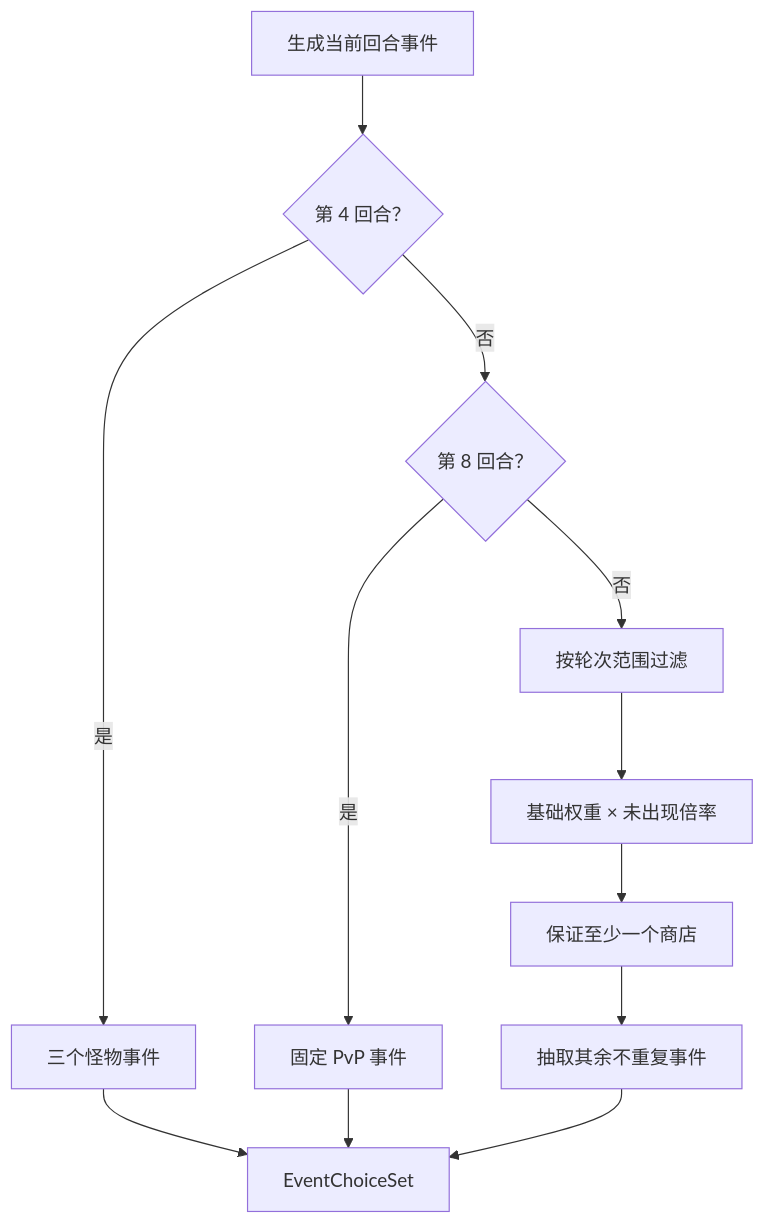
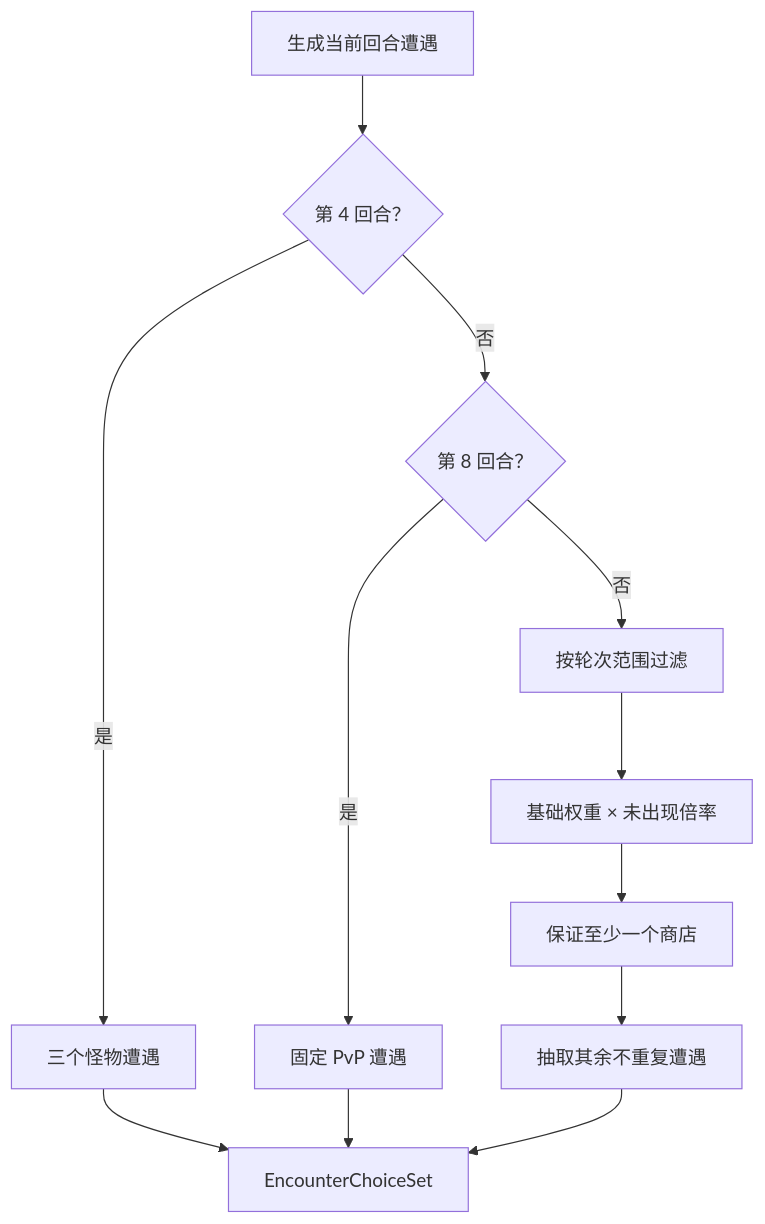
Before and after one commit to WayneTang99/Project_Star: the fourth of 5 diagrams in docs/ARCHITECTURE.md, drawn with Mermaid. The commit also changed other lines of this file and 6 other files, not shown here.

Commit message:
docs(architecture): 统一新架构文档约定

````diff
--- a/docs/ARCHITECTURE.md
+++ b/docs/ARCHITECTURE.md
@@ -198,14 +198,14 @@
 ```mermaid
 flowchart TD
-    Start["生成当前回合事件"] --> T4{"第 4 回合？"}
-    T4 -->|是| Monster["三个怪物事件"]
+    Start["生成当前回合遭遇"] --> T4{"第 4 回合？"}
+    T4 -->|是| Monster["三个怪物遭遇"]
     T4 -->|否| T8{"第 8 回合？"}
-    T8 -->|是| Pvp["固定 PvP 事件"]
+    T8 -->|是| Pvp["固定 PvP 遭遇"]
     T8 -->|否| Filter["按轮次范围过滤"]
     Filter --> Weight["基础权重 × 未出现倍率"]
     Weight --> Shop["保证至少一个商店"]
-    Shop --> Others["抽取其余不重复事件"]
-    Monster --> Choices["EventChoiceSet"]
+    Shop --> Others["抽取其余不重复遭遇"]
+    Monster --> Choices["EncounterChoiceSet"]
     Pvp --> Choices
     Others --> Choices
 ```
````
